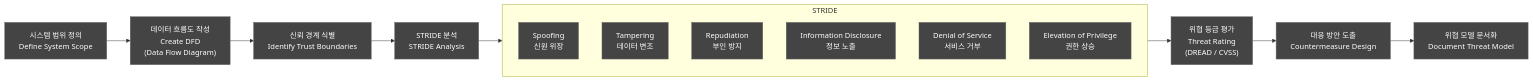
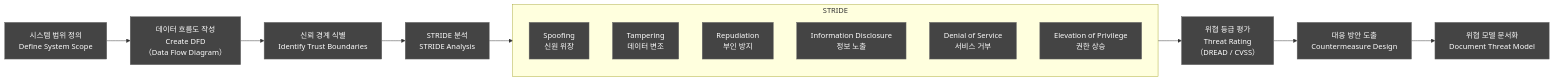
Before and after one commit to holee9/console-gui: diagram 11 of 15 in docs/management/DOC-003a_SW_Development_Procedure_v1.0.md, drawn with Mermaid. The commit also changed other lines of this file and 22 other files, not shown here.

First line of the commit message:
fix: Mermaid flowchart 노드 내 괄호 파싱 오류 전면 수정

````diff
--- a/docs/management/DOC-003a_SW_Development_Procedure_v1.0.md
+++ b/docs/management/DOC-003a_SW_Development_Procedure_v1.0.md
@@ -1093,21 +1093,21 @@
 ```mermaid
 flowchart LR
     classDef default fill:#444,stroke:#666,color:#fff
-    A["시스템 범위 정의\nDefine System Scope"] --> B["데이터 흐름도 작성\nCreate DFD\n(Data Flow Diagram)"]
+    A["시스템 범위 정의\nDefine System Scope"] --> B["데이터 흐름도 작성\nCreate DFD\n（Data Flow Diagram）"]
     B --> C["신뢰 경계 식별\nIdentify Trust Boundaries"]
     C --> D["STRIDE 분석\nSTRIDE Analysis"]
     
     subgraph STRIDE
         S["Spoofing\n신원 위장"]
         T["Tampering\n데이터 변조"]
         R["Repudiation\n부인 방지"]
         I["Information Disclosure\n정보 노출"]
         D2["Denial of Service\n서비스 거부"]
         E["Elevation of Privilege\n권한 상승"]
     end
     
     D --> STRIDE
-    STRIDE --> F["위협 등급 평가\nThreat Rating\n(DREAD / CVSS)"]
+    STRIDE --> F["위협 등급 평가\nThreat Rating\n（DREAD / CVSS）"]
     F --> G["대응 방안 도출\nCountermeasure Design"]
     G --> H["위협 모델 문서화\nDocument Threat Model"]
 ```
````
